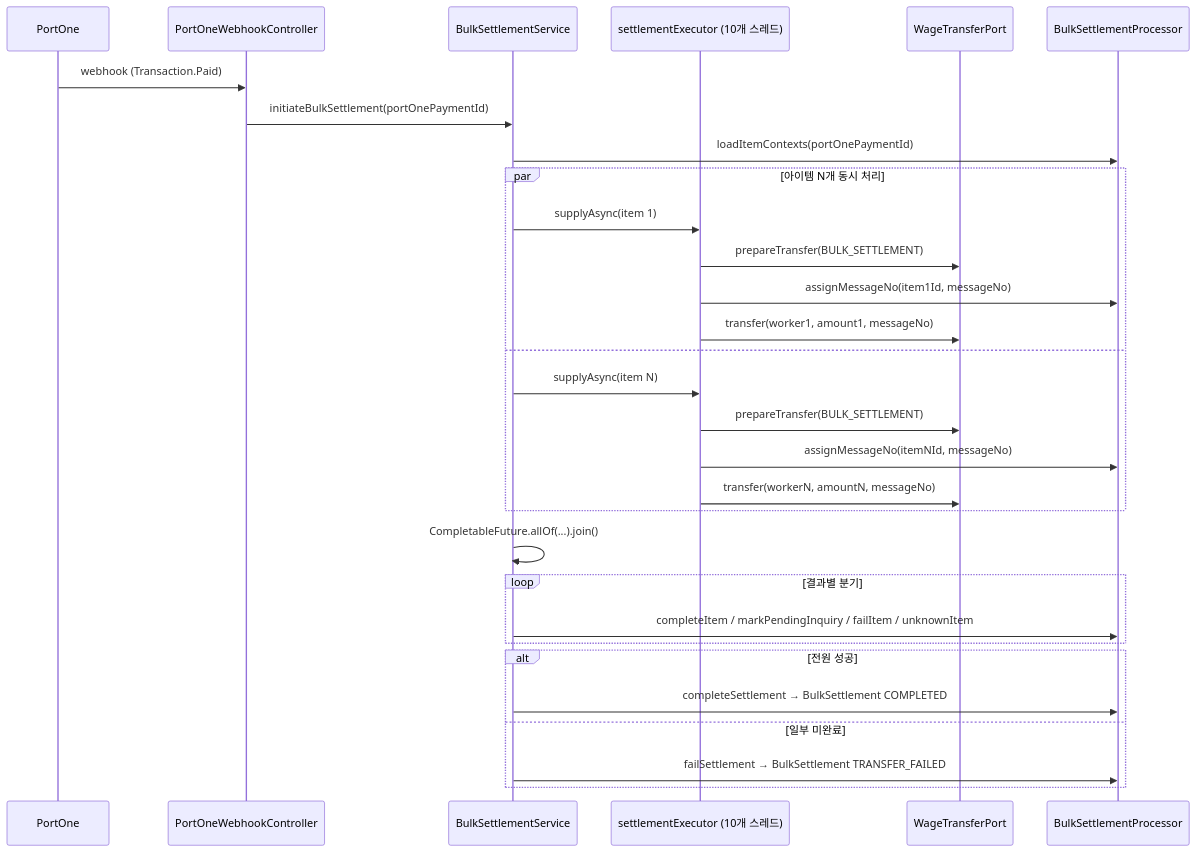
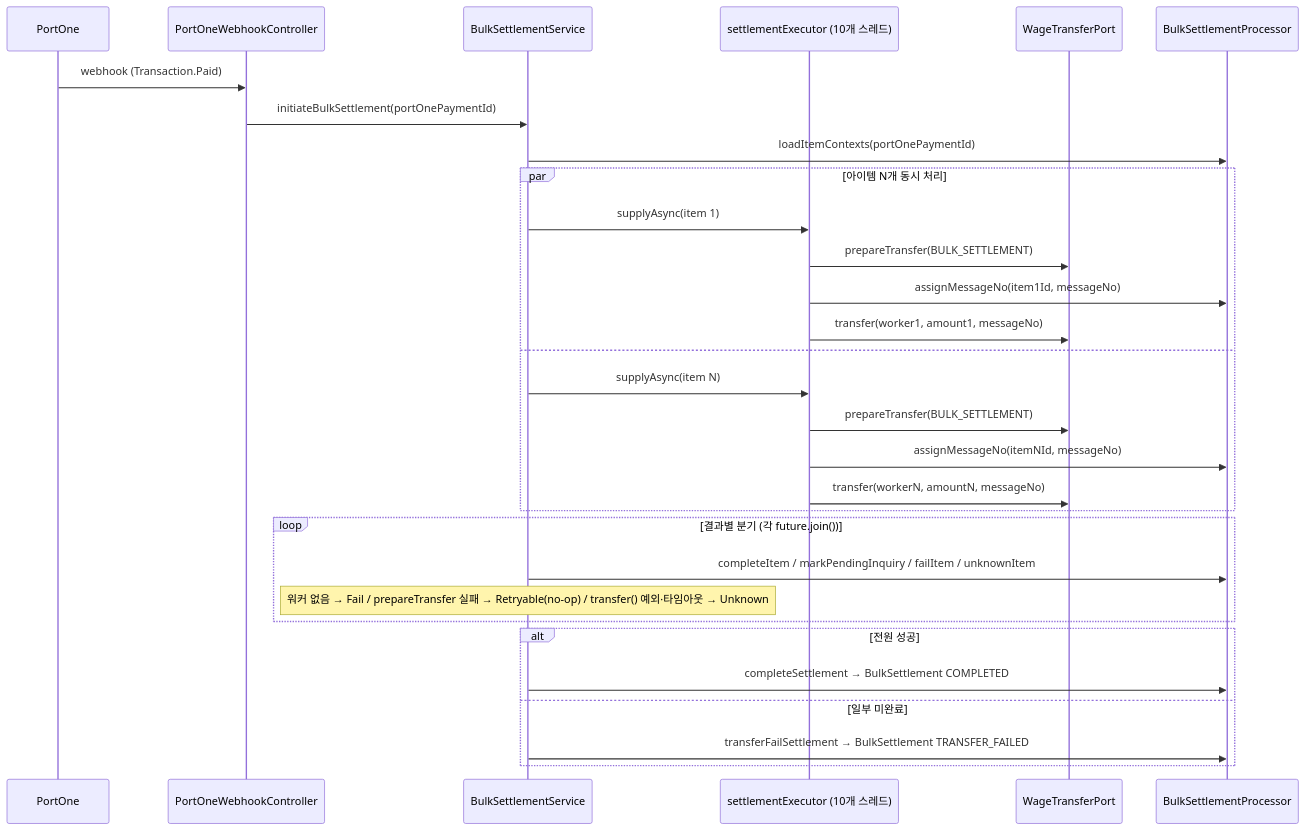
One commit to YOUHEETAE/wage-clock changed the fourth of 5 diagrams in docs/diagrams/sequence-diagram.md. Above: the diagram before and after it, drawn with Mermaid. The commit also changed other lines of this file and 8 other files, not shown here.

````diff
--- a/docs/diagrams/sequence-diagram.md
+++ b/docs/diagrams/sequence-diagram.md
@@ -133,37 +140,36 @@
 ```mermaid
 sequenceDiagram
     participant PortOne
     participant Controller as PortOneWebhookController
     participant BulkSettlementService
     participant Executor as settlementExecutor (10개 스레드)
     participant WageTransferPort
     participant BulkSettlementProcessor
 
     PortOne->>Controller: webhook (Transaction.Paid)
     Controller->>BulkSettlementService: initiateBulkSettlement(portOnePaymentId)
     BulkSettlementService->>BulkSettlementProcessor: loadItemContexts(portOnePaymentId)
 
     par 아이템 N개 동시 처리
         BulkSettlementService->>Executor: supplyAsync(item 1)
         Executor->>WageTransferPort: prepareTransfer(BULK_SETTLEMENT)
         Executor->>BulkSettlementProcessor: assignMessageNo(item1Id, messageNo)
         Executor->>WageTransferPort: transfer(worker1, amount1, messageNo)
     and
         BulkSettlementService->>Executor: supplyAsync(item N)
         Executor->>WageTransferPort: prepareTransfer(BULK_SETTLEMENT)
         Executor->>BulkSettlementProcessor: assignMessageNo(itemNId, messageNo)
         Executor->>WageTransferPort: transfer(workerN, amountN, messageNo)
     end
 
-    BulkSettlementService->>BulkSettlementService: CompletableFuture.allOf(...).join()
-
-    loop 결과별 분기
+    loop 결과별 분기 (각 future.join())
         BulkSettlementService->>BulkSettlementProcessor: completeItem / markPendingInquiry / failItem / unknownItem
+        Note over BulkSettlementService: 워커 없음 → Fail / prepareTransfer 실패 → Retryable(no-op) / transfer() 예외·타임아웃 → Unknown
     end
 
     alt 전원 성공
         BulkSettlementService->>BulkSettlementProcessor: completeSettlement → BulkSettlement COMPLETED
     else 일부 미완료
-        BulkSettlementService->>BulkSettlementProcessor: failSettlement → BulkSettlement TRANSFER_FAILED
+        BulkSettlementService->>BulkSettlementProcessor: transferFailSettlement → BulkSettlement TRANSFER_FAILED
     end
 ```
````
